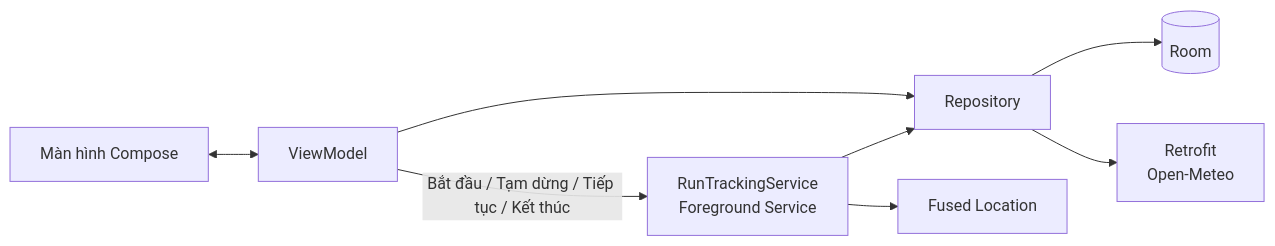
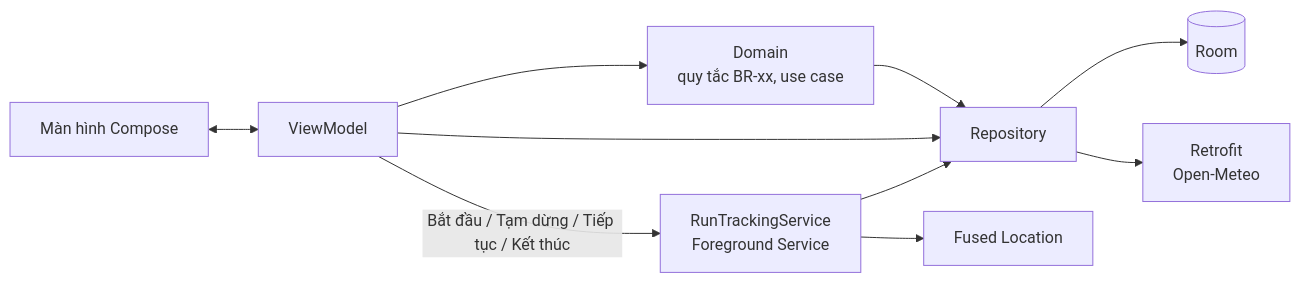
The ninth of 10 diagrams in docs/SPEC.md (Nha-Cong-Dong/RunMate), drawn with Mermaid before and after one commit. The commit also changed other lines of this file, not shown here.

Commit message:
docs: thêm tầng domain (SPEC 8.4, 8.5) và dataExtractionRules (10.4)

````diff
--- a/docs/SPEC.md
+++ b/docs/SPEC.md
@@ -611,10 +611,12 @@
 ```mermaid
 flowchart LR
     UI[Màn hình Compose] <--> VM[ViewModel]
+    VM --> DM[Domain<br/>quy tắc BR-xx, use case]
+    DM --> RP
     VM --> RP[Repository]
     VM -- Bắt đầu / Tạm dừng / Tiếp tục / Kết thúc --> SVC
     SVC[RunTrackingService<br/>Foreground Service] --> RP
     RP --> DB[(Room)]
     RP --> API[Retrofit<br/>Open-Meteo]
     SVC --> LOC[Fused Location]
 ```
````
